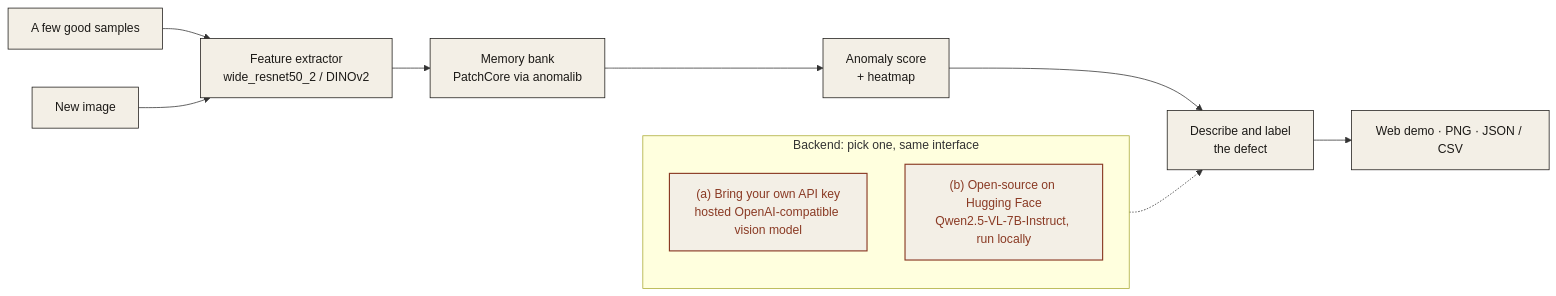
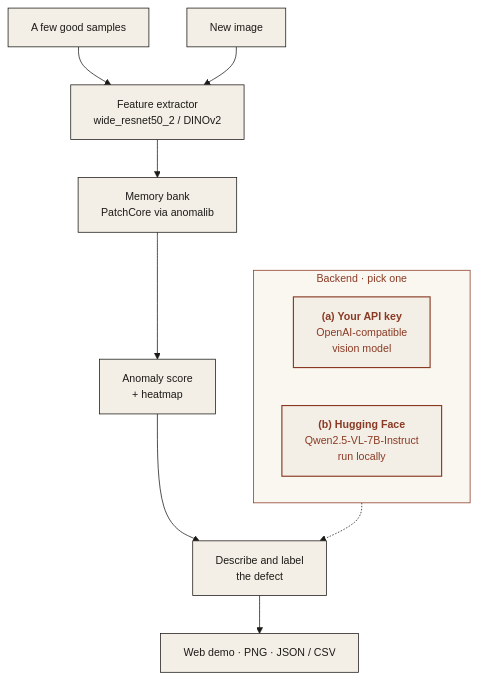
The diagram in README.md (ModelShifts/defect-inspector), drawn with Mermaid before and after one commit.

Commit message:
Tidy architecture diagram layout and theme

````diff
--- a/README.md
+++ b/README.md
@@ -27,18 +27,20 @@
 ```mermaid
-flowchart LR
+%%{init: {"theme":"base","flowchart":{"curve":"basis","wrappingWidth":260},"themeVariables":{"fontFamily":"Georgia, Times New Roman, serif","fontSize":"14px","primaryColor":"#f3efe6","primaryTextColor":"#1c1a17","primaryBorderColor":"#1c1a17","lineColor":"#1c1a17","clusterBkg":"#faf7f0","clusterBorder":"#8a3a24","titleColor":"#8a3a24","edgeLabelBackground":"#f3efe6"}}}%%
+flowchart TB
   G["A few good samples"]:::ink --> F["Feature extractor<br/>wide_resnet50_2 / DINOv2"]:::ink
   F --> M["Memory bank<br/>PatchCore via anomalib"]:::ink
   T["New image"]:::ink --> F
   M --> HM["Anomaly score<br/>+ heatmap"]:::ink
   HM --> DS["Describe and label<br/>the defect"]:::ink
   DS --> EX["Web demo · PNG · JSON / CSV"]:::ink
-  subgraph BK["Backend: pick one, same interface"]
-    direction TB
-    A["(a) Bring your own API key<br/>hosted OpenAI-compatible vision model"]:::rust
-    H["(b) Open-source on Hugging Face<br/>Qwen2.5-VL-7B-Instruct, run locally"]:::rust
+  subgraph BK["Backend · pick one"]
+    direction LR
+    A["<b>(a) Your API key</b><br/>OpenAI-compatible<br/>vision model"]:::rust
+    H["<b>(b) Hugging Face</b><br/>Qwen2.5-VL-7B-Instruct<br/>run locally"]:::rust
   end
   BK -.-> DS
 
+  classDef cl fill:#faf7f0,stroke:#8a3a24,stroke-dasharray:4 3,color:#8a3a24;
   classDef ink fill:#f3efe6,stroke:#1c1a17,color:#1c1a17,stroke-width:1px;
   classDef rust fill:#f3efe6,stroke:#8a3a24,color:#8a3a24,stroke-width:1.5px;
 ```
````
